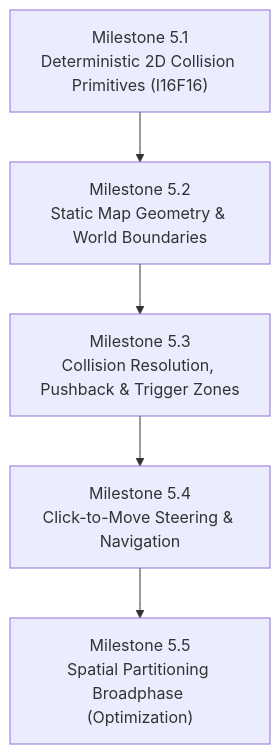
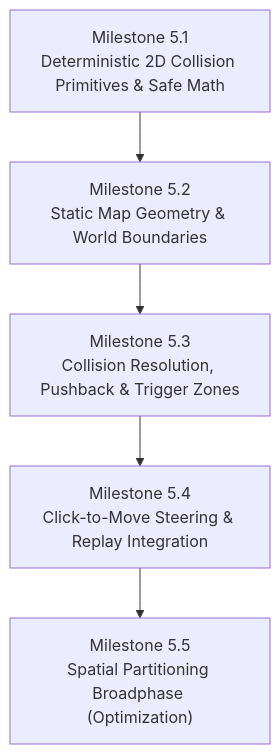
Before and after one commit to Loci2D/loci2d: the diagram in docs/roadmap-specs/phase5-physics-and-collision-spec.md, drawn with Mermaid. The commit also changed other lines of this file and 1 other file, not shown here.

````diff
--- a/docs/roadmap-specs/phase5-physics-and-collision-spec.md
+++ b/docs/roadmap-specs/phase5-physics-and-collision-spec.md
@@ -69,7 +69,7 @@
 ```mermaid
 flowchart TD
-    M1["Milestone 5.1<br>Deterministic 2D Collision Primitives (I16F16)"] --> M2["Milestone 5.2<br>Static Map Geometry & World Boundaries"]
+    M1["Milestone 5.1<br>Deterministic 2D Collision Primitives & Safe Math"] --> M2["Milestone 5.2<br>Static Map Geometry & World Boundaries"]
     M2 --> M3["Milestone 5.3<br>Collision Resolution, Pushback & Trigger Zones"]
-    M3 --> M4["Milestone 5.4<br>Click-to-Move Steering & Navigation"]
+    M3 --> M4["Milestone 5.4<br>Click-to-Move Steering & Replay Integration"]
     M4 --> M5["Milestone 5.5<br>Spatial Partitioning Broadphase (Optimization)"]
 ```
````
